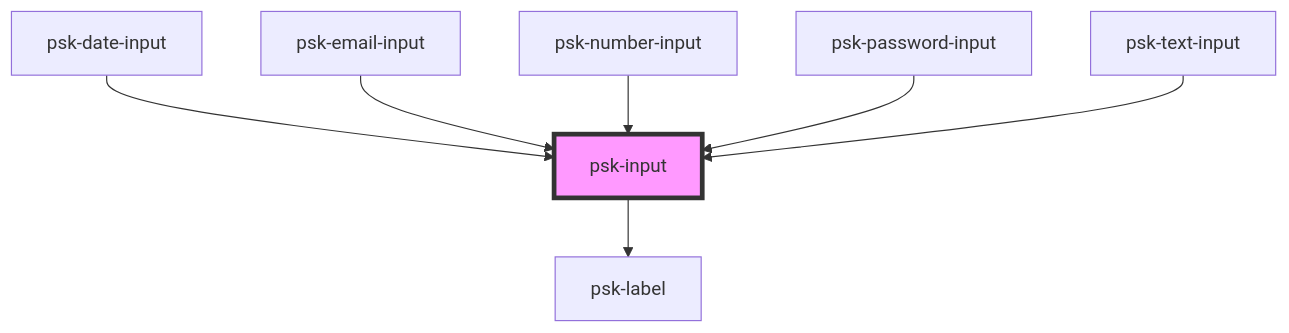
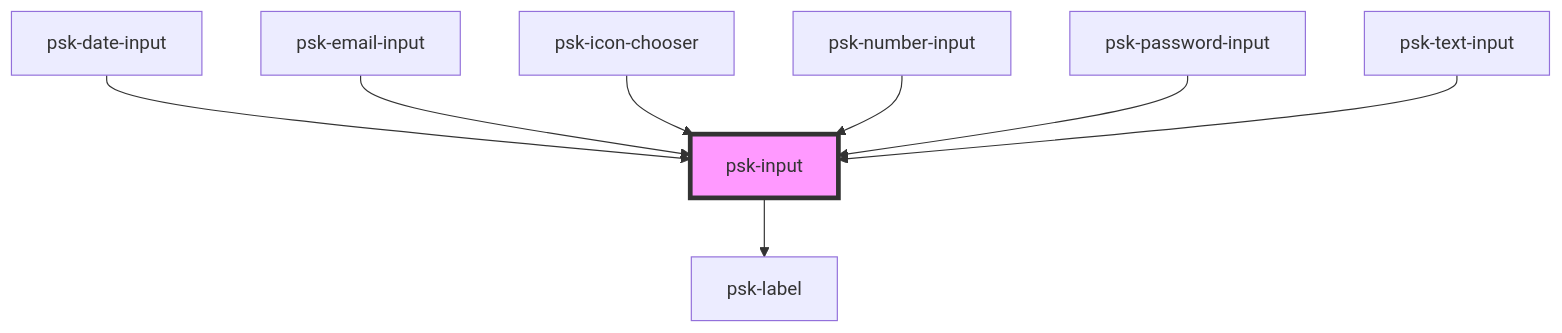
Before and after one commit to daniel-visoiu/cardinal: the diagram in src/components/form-components/psk-input/readme.md, drawn with Mermaid. The commit also changed other lines of this file and 2 other files, not shown here.

Commit message:
let the psk-live-code style to load before triggering the PrismLiveEditor plugin

````diff
--- a/src/components/form-components/psk-input/readme.md
+++ b/src/components/form-components/psk-input/readme.md
@@ -40,10 +41,11 @@
 ```mermaid
 graph TD;
   psk-input --> psk-label
   psk-date-input --> psk-input
   psk-email-input --> psk-input
+  psk-icon-chooser --> psk-input
   psk-number-input --> psk-input
   psk-password-input --> psk-input
   psk-text-input --> psk-input
   style psk-input fill:#f9f,stroke:#333,stroke-width:4px
 ```
````
